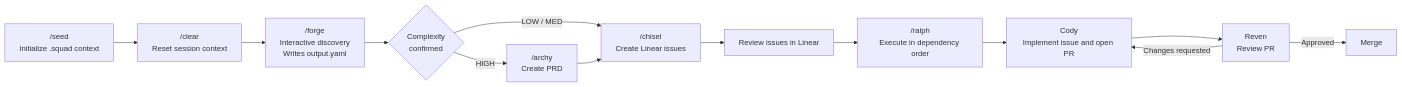
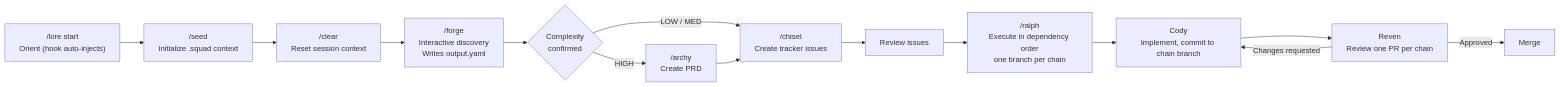
One commit to giorgiogalassi/agent-squad changed the diagram in README.md. Above: the diagram before and after it, drawn with Mermaid. The commit also changed other lines of this file, not shown here.

Commit message:
feat: patch 15

````diff
--- a/README.md
+++ b/README.md
@@ -23,17 +23,18 @@
 ```mermaid
 graph LR
-    A["/seed<br/>Initialize .squad context"] --> B["/clear<br/>Reset session context"]
+    S["/lore start<br/>Orient (hook auto-injects)"] --> A["/seed<br/>Initialize .squad context"]
+    A --> B["/clear<br/>Reset session context"]
     B --> C["/forge<br/>Interactive discovery<br/>Writes output.yaml"]
     C --> D{"Complexity<br/>confirmed"}
     D -->|HIGH| E["/archy<br/>Create PRD"]
 
-    F["/chisel<br/>Create Linear issues"] --> G["Review issues in Linear"]
-    G --> H["/ralph<br/>Execute in dependency order"]
-    H --> I["Cody<br/>Implement issue and open PR"]
-    I --> J["Reven<br/>Review PR"]
+    F["/chisel<br/>Create tracker issues"] --> G["Review issues"]
+    G --> H["/ralph<br/>Execute in dependency order<br/>one branch per chain"]
+    H --> I["Cody<br/>Implement, commit to chain branch"]
+    I --> J["Reven<br/>Review one PR per chain"]
     J -->|Approved| K["Merge"]
     J -->|Changes requested| I
 
     D -->|LOW / MED| F
     E --> F
 ```
````
